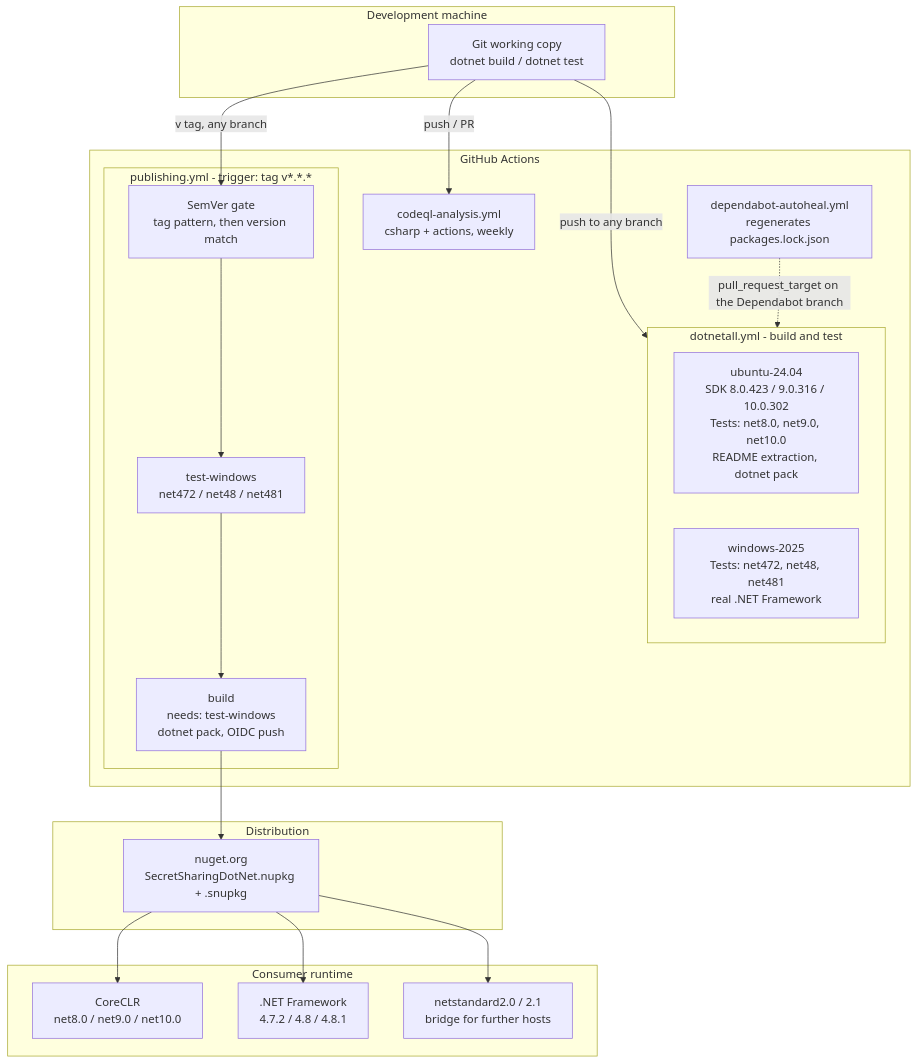
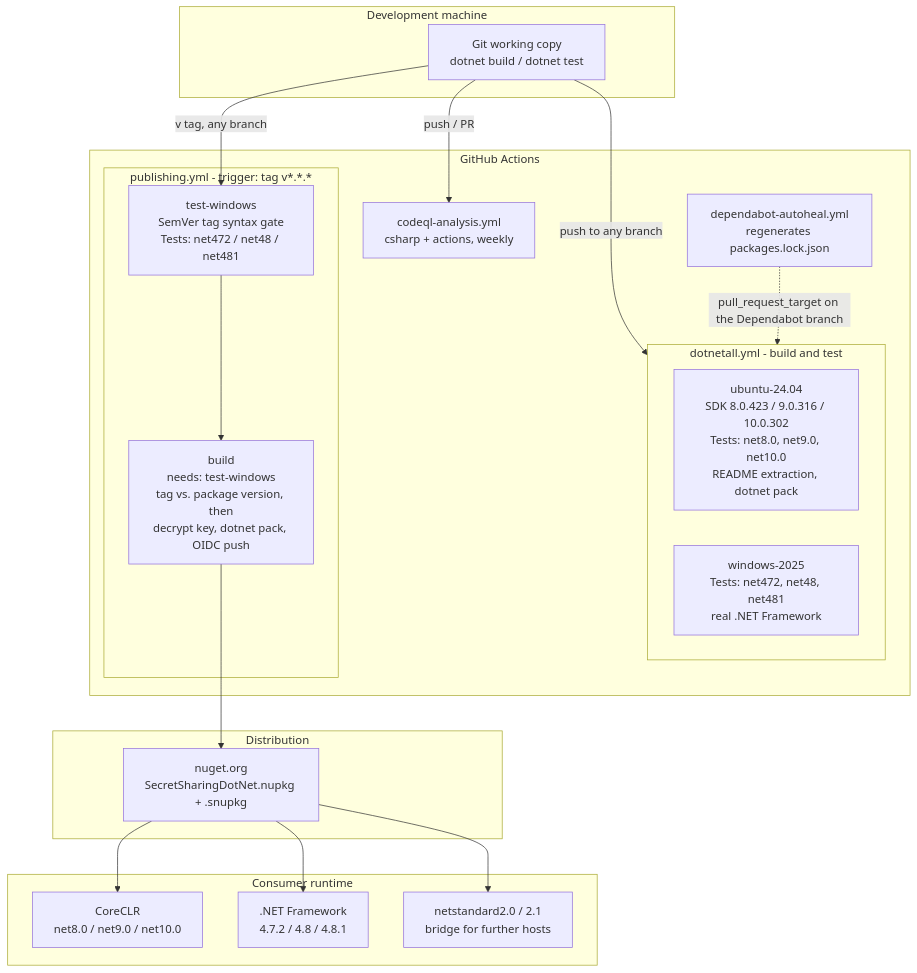
The tenth of 10 diagrams in docs/architecture/arc42.en.md (shinji-san/SecretSharingDotNet), drawn with Mermaid before and after one commit. The commit also changed other lines of this file and 1 other file, not shown here.

````diff
--- a/docs/architecture/arc42.en.md
+++ b/docs/architecture/arc42.en.md
@@ -668,41 +676,39 @@
 ```mermaid
 flowchart TD
     subgraph dev["Development machine"]
         repo["Git working copy<br/>dotnet build / dotnet test"]
     end
 
     subgraph gh["GitHub Actions"]
         subgraph ci["dotnetall.yml - build and test"]
             ubuntu["ubuntu-24.04<br/>SDK 8.0.423 / 9.0.316 / 10.0.302<br/>Tests: net8.0, net9.0, net10.0<br/>README extraction, dotnet pack"]
             windows["windows-2025<br/>Tests: net472, net48, net481<br/>real .NET Framework"]
         end
         codeql["codeql-analysis.yml<br/>csharp + actions, weekly"]
         autoheal["dependabot-autoheal.yml<br/>regenerates packages.lock.json"]
         subgraph publish["publishing.yml - trigger: tag v*.*.*"]
-            pubGate["SemVer gate<br/>tag pattern, then version match"]
-            pubTest["test-windows<br/>net472 / net48 / net481"]
-            pubBuild["build<br/>needs: test-windows<br/>dotnet pack, OIDC push"]
+            pubTest["test-windows<br/>SemVer tag syntax gate<br/>Tests: net472 / net48 / net481"]
+            pubBuild["build<br/>needs: test-windows<br/>tag vs. package version, then<br/>decrypt key, dotnet pack, OIDC push"]
         end
     end
 
     subgraph dist["Distribution"]
         nuget["nuget.org<br/>SecretSharingDotNet.nupkg + .snupkg"]
     end
 
     subgraph runtime["Consumer runtime"]
         netcore["CoreCLR<br/>net8.0 / net9.0 / net10.0"]
         netfx[".NET Framework<br/>4.7.2 / 4.8 / 4.8.1"]
         netstd["netstandard2.0 / 2.1<br/>bridge for further hosts"]
     end
 
     repo -->|push to any branch| ci
     repo -->|push / PR| codeql
-    repo -->|v tag, any branch| pubGate
-    pubGate --> pubTest
+    repo -->|v tag, any branch| pubTest
     pubTest --> pubBuild
     pubBuild --> nuget
     autoheal -.->|pull_request_target on the Dependabot branch| ci
     nuget --> netcore
     nuget --> netfx
     nuget --> netstd
 ```
````
